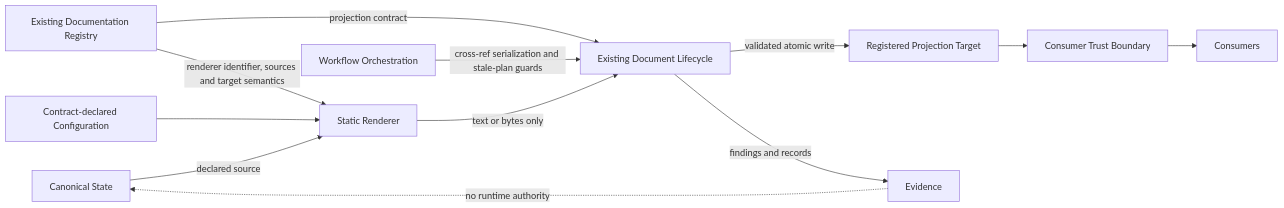
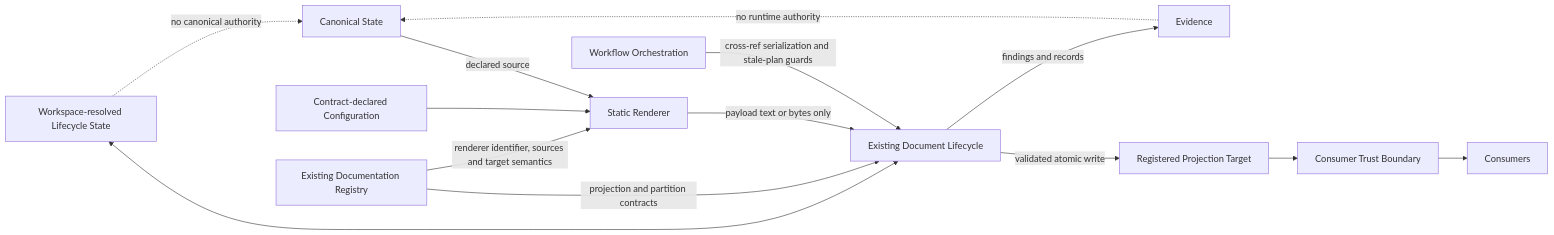
Before and after one commit to vfi64/agentic-project-kit-dpa-lab: the diagram in specs/dpa/DPA-100-FOUNDATIONS.md, drawn with Mermaid. The commit also changed other lines of this file, not shown here.

````diff
--- a/specs/dpa/DPA-100-FOUNDATIONS.md
+++ b/specs/dpa/DPA-100-FOUNDATIONS.md
@@ -370,14 +342,16 @@
 ```mermaid
 flowchart LR
     CS[Canonical State] -->|declared source| R[Static Renderer]
     CFG[Contract-declared Configuration] --> R
-    REG[Existing Documentation Registry] -->|projection contract| LC[Existing Document Lifecycle]
+    REG[Existing Documentation Registry] -->|projection and partition contracts| LC[Existing Document Lifecycle]
     REG -->|renderer identifier, sources and target semantics| R
-    R -->|text or bytes only| LC
+    R -->|payload text or bytes only| LC
+    LS[Workspace-resolved Lifecycle State] <--> LC
     LC -->|validated atomic write| T[Registered Projection Target]
     WF[Workflow Orchestration] -->|cross-ref serialization and stale-plan guards| LC
     LC -->|findings and records| E[Evidence]
     E -. no runtime authority .-> CS
+    LS -. no canonical authority .-> CS
     T --> CTB[Consumer Trust Boundary]
     CTB --> C[Consumers]
 ```
````
